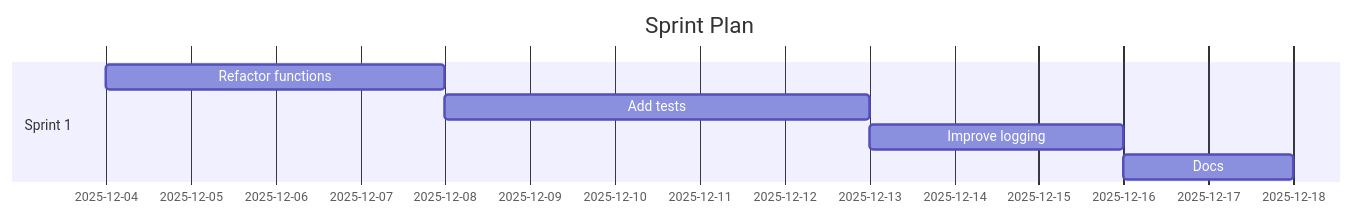
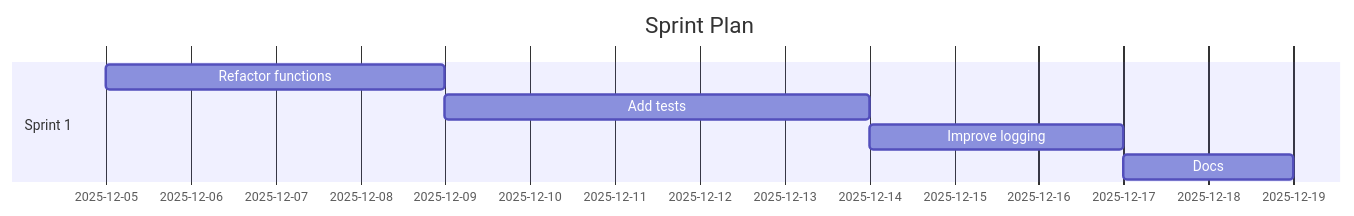
The diagram in demos/demo-code-analysis.sprint.md (Anselmoo/mcp-ai-agent-guidelines), drawn with Mermaid before and after one commit. The commit also changed other lines of this file and 15 other files, not shown here.

````diff
--- a/demos/demo-code-analysis.sprint.md
+++ b/demos/demo-code-analysis.sprint.md
@@ -59,11 +59,11 @@
 ```mermaid
 gantt
 	dateFormat  YYYY-MM-DD
 	title Sprint Plan
 %% Accessibility: Title=Project Sprint Plan; Description=Gantt chart of sprints and tasks over time. %%
   section Sprint 1
-  Refactor functions :s1t0, 2025-12-04, 4d
-  Add tests :s1t1, 2025-12-08, 5d
-  Improve logging :s1t2, 2025-12-13, 3d
-  Docs :s1t3, 2025-12-16, 2d
+  Refactor functions :s1t0, 2025-12-05, 4d
+  Add tests :s1t1, 2025-12-09, 5d
+  Improve logging :s1t2, 2025-12-14, 3d
+  Docs :s1t3, 2025-12-17, 2d
 ```
````
